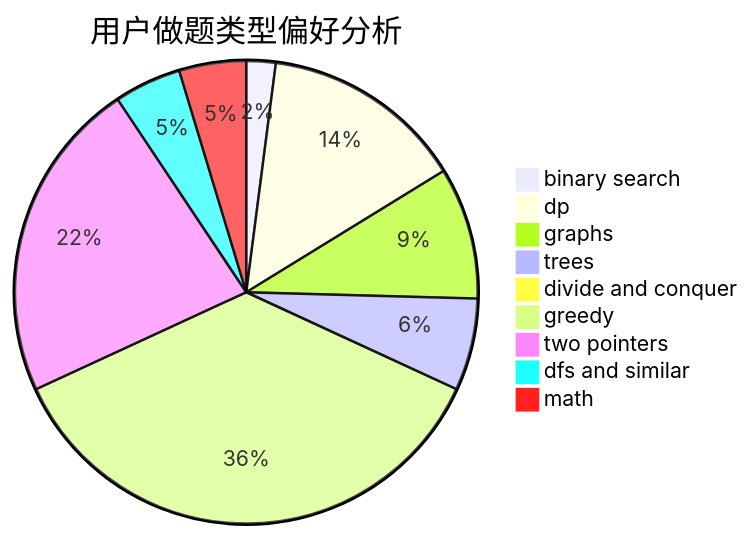
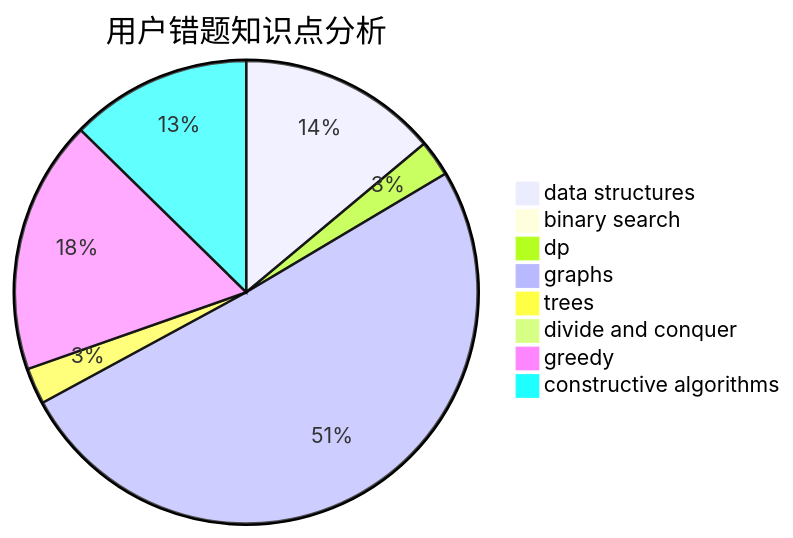
Before and after one commit to sherpahu/cfrs.github.io: the third of 3 diagrams in docs/user/u1363.md, drawn with Mermaid. The commit also changed other lines of this file and 2775 other files, not shown here.

````diff
--- a/docs/user/u1363.md
+++ b/docs/user/u1363.md
@@ -23,12 +36,11 @@
 ```mermaid
-pie title 用户做题类型偏好分析
-    "binary search" :  14
-    "dp" :  97
-    "graphs" :  63
-    "trees" :  44
-    "divide and conquer" :  2
-    "greedy" :  248
-    "two pointers" :  154
-    "dfs and similar" :  32
-    "math" :  32
+pie title 用户错题知识点分析
+    "data structures" :  11
+    "binary search" :  0
+    "dp" :  2
+    "graphs" :  40
+    "trees" :  2
+    "divide and conquer" :  0
+    "greedy" :  14
+    "constructive algorithms" :  10
 ```
````
